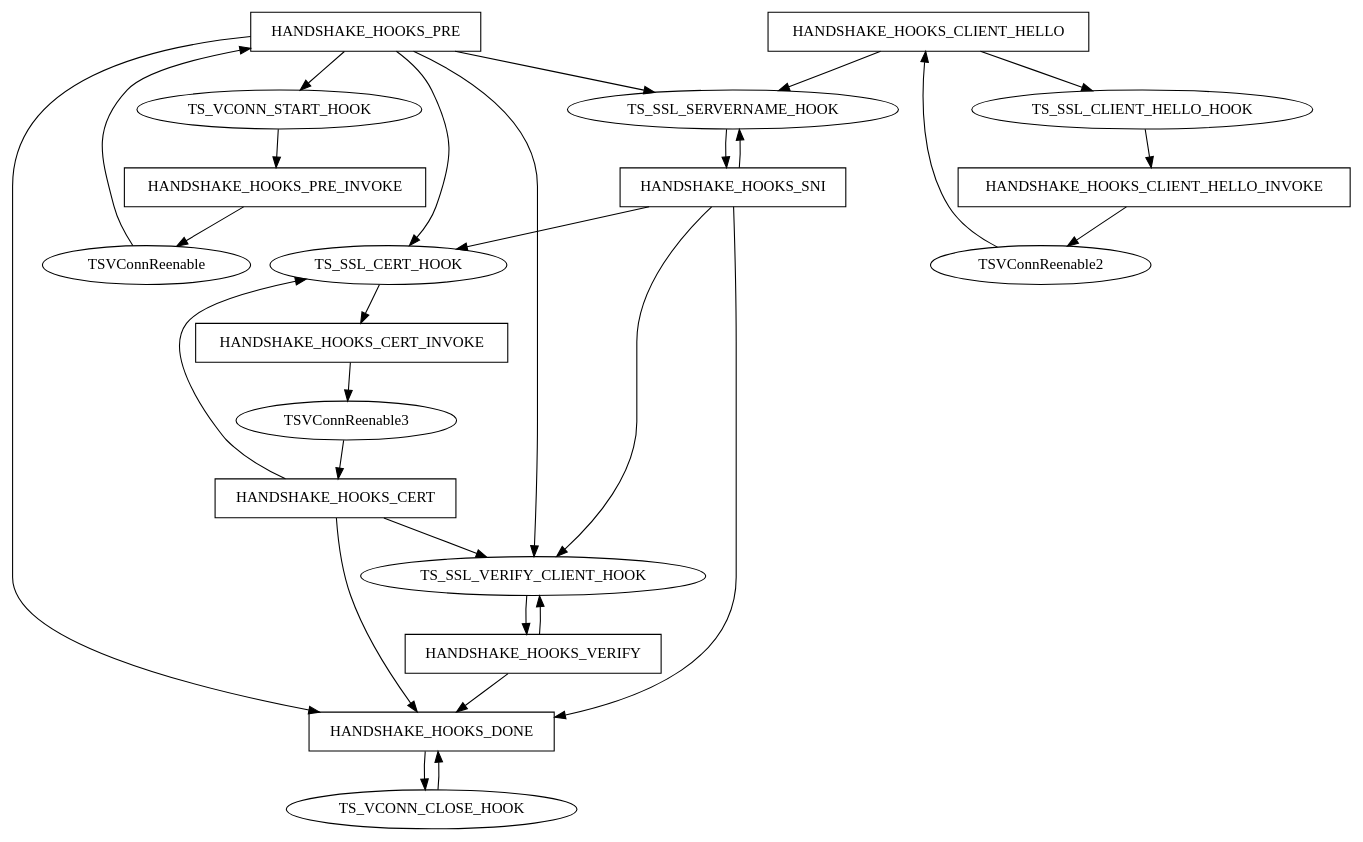
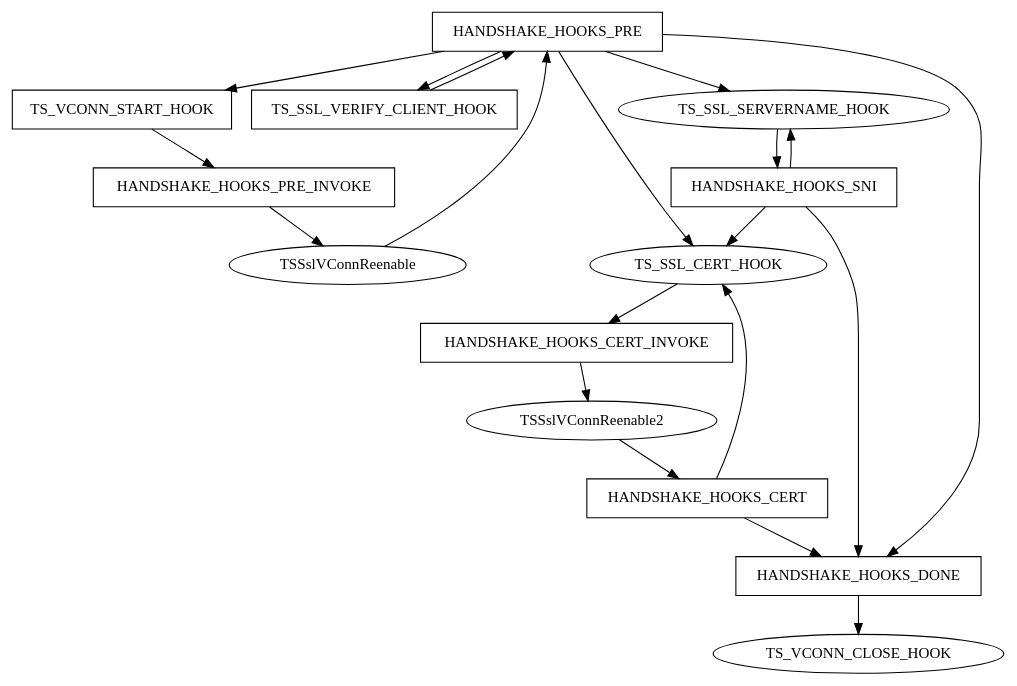
Before and after one commit to jbfavre/trafficserver: the diagram in doc/developer-guide/plugins/hooks-and-transactions/ssl-hooks.en.rst, drawn with Graphviz. The commit also changed other lines of this file and 3378 other files, not shown here.

```diff
--- a/doc/developer-guide/plugins/hooks-and-transactions/ssl-hooks.en.rst
+++ b/doc/developer-guide/plugins/hooks-and-transactions/ssl-hooks.en.rst
@@ -153,46 +113,33 @@
 .. graphviz::
-   :alt: TLS Inbound Hook State Diagram
+   :alt: TLS Hook State Diagram
 
    digraph tls_hook_state_diagram{
      HANDSHAKE_HOOKS_PRE -> TS_VCONN_START_HOOK;
+     HANDSHAKE_HOOKS_PRE -> TS_SSL_VERIFY_CLIENT_HOOK;
      HANDSHAKE_HOOKS_PRE -> TS_SSL_CERT_HOOK;
      HANDSHAKE_HOOKS_PRE -> TS_SSL_SERVERNAME_HOOK;
      HANDSHAKE_HOOKS_PRE -> HANDSHAKE_HOOKS_DONE;
+     TS_SSL_VERIFY_CLIENT_HOOK -> HANDSHAKE_HOOKS_PRE;
      TS_VCONN_START_HOOK -> HANDSHAKE_HOOKS_PRE_INVOKE;
-     HANDSHAKE_HOOKS_PRE_INVOKE -> TSVConnReenable;
-     TSVConnReenable -> HANDSHAKE_HOOKS_PRE;
-     TS_SSL_CLIENT_HELLO_HOOK -> HANDSHAKE_HOOKS_CLIENT_HELLO_INVOKE;
-     HANDSHAKE_HOOKS_CLIENT_HELLO_INVOKE -> TSVConnReenable2;
-     TSVConnReenable2 -> HANDSHAKE_HOOKS_CLIENT_HELLO;
-     HANDSHAKE_HOOKS_CLIENT_HELLO -> TS_SSL_CLIENT_HELLO_HOOK;
-     HANDSHAKE_HOOKS_CLIENT_HELLO -> TS_SSL_SERVERNAME_HOOK;
+     HANDSHAKE_HOOKS_PRE_INVOKE -> TSSslVConnReenable;
+     TSSslVConnReenable -> HANDSHAKE_HOOKS_PRE;
      TS_SSL_SERVERNAME_HOOK -> HANDSHAKE_HOOKS_SNI;
      HANDSHAKE_HOOKS_SNI -> TS_SSL_SERVERNAME_HOOK;
      HANDSHAKE_HOOKS_SNI -> TS_SSL_CERT_HOOK;
      HANDSHAKE_HOOKS_SNI -> HANDSHAKE_HOOKS_DONE;
      HANDSHAKE_HOOKS_CERT -> TS_SSL_CERT_HOOK;
      TS_SSL_CERT_HOOK -> HANDSHAKE_HOOKS_CERT_INVOKE;
-     HANDSHAKE_HOOKS_CERT_INVOKE -> TSVConnReenable3;
-     TSVConnReenable3 -> HANDSHAKE_HOOKS_CERT;
-
-     HANDSHAKE_HOOKS_CERT -> TS_SSL_VERIFY_CLIENT_HOOK;
-     HANDSHAKE_HOOKS_SNI -> TS_SSL_VERIFY_CLIENT_HOOK;
-     HANDSHAKE_HOOKS_PRE -> TS_SSL_VERIFY_CLIENT_HOOK;
-     TS_SSL_VERIFY_CLIENT_HOOK -> HANDSHAKE_HOOKS_VERIFY;
-     HANDSHAKE_HOOKS_VERIFY -> TS_SSL_VERIFY_CLIENT_HOOK;
-     HANDSHAKE_HOOKS_VERIFY -> HANDSHAKE_HOOKS_DONE;
-
+     HANDSHAKE_HOOKS_CERT_INVOKE -> TSSslVConnReenable2;
+     TSSslVConnReenable2 -> HANDSHAKE_HOOKS_CERT;
      HANDSHAKE_HOOKS_CERT -> HANDSHAKE_HOOKS_DONE;
      HANDSHAKE_HOOKS_DONE -> TS_VCONN_CLOSE_HOOK;
-     TS_VCONN_CLOSE_HOOK -> HANDSHAKE_HOOKS_DONE;
 
      HANDSHAKE_HOOKS_PRE [shape=box];
+     TS_VCONN_START_HOOK [shape=box];
+     TS_SSL_VERIFY_CLIENT_HOOK [shape=box];
      HANDSHAKE_HOOKS_PRE_INVOKE [shape=box];
-     HANDSHAKE_HOOKS_CLIENT_HELLO [shape=box];
-     HANDSHAKE_HOOKS_CLIENT_HELLO_INVOKE [shape=box];
      HANDSHAKE_HOOKS_SNI [shape=box];
-     HANDSHAKE_HOOKS_VERIFY [shape=box];
      HANDSHAKE_HOOKS_CERT [shape=box];
      HANDSHAKE_HOOKS_CERT_INVOKE [shape=box];
      HANDSHAKE_HOOKS_DONE [shape=box];
    }
```
